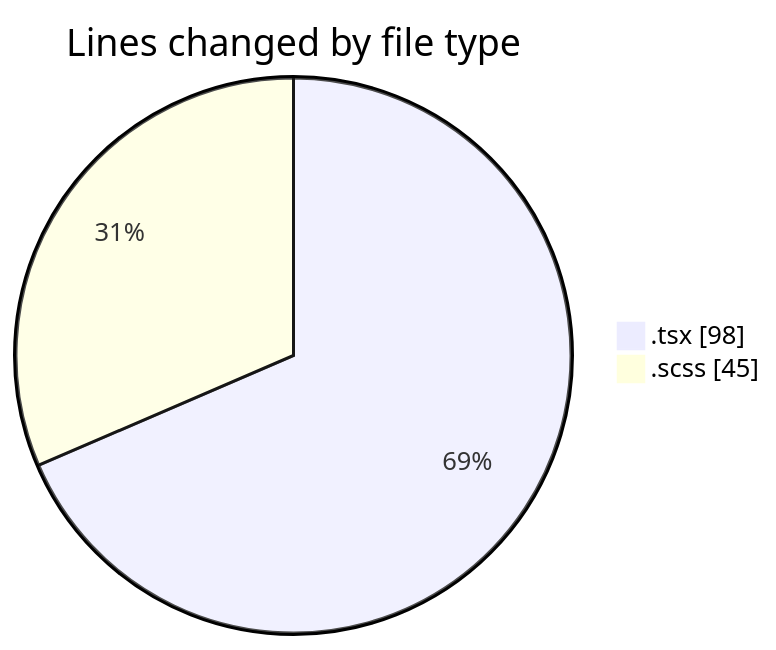
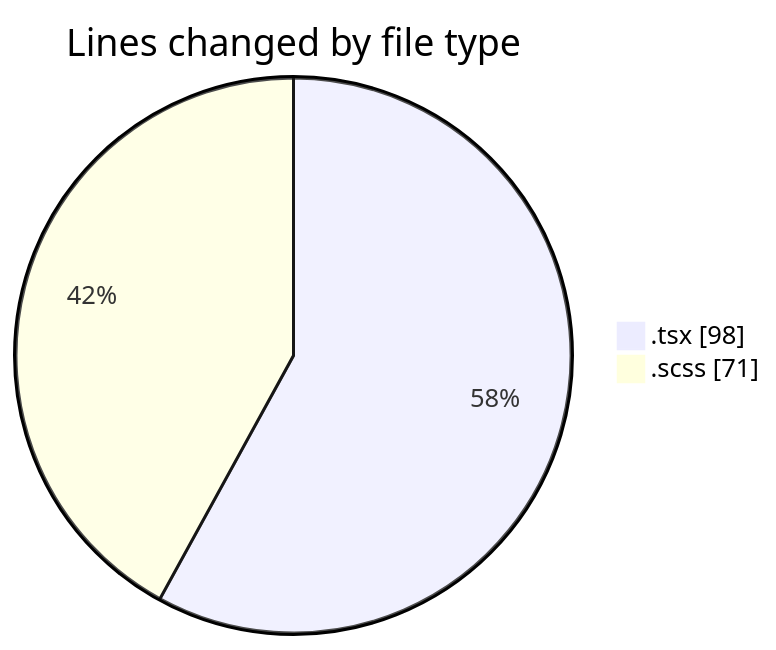
One commit to momahboobian/code-tracking changed the first of 2 diagrams in 2025-03-03/cda/README.md. Above: the diagram before and after it, drawn with Mermaid. The commit also changed other lines of this file and 1 other file, not shown here.

````diff
--- a/2025-03-03/cda/README.md
+++ b/2025-03-03/cda/README.md
@@ -21,6 +22,6 @@
 ```mermaid
 pie showData
 title Lines changed by file type
 ".tsx" : 98
-".scss" : 45
+".scss" : 71
 ```
````
